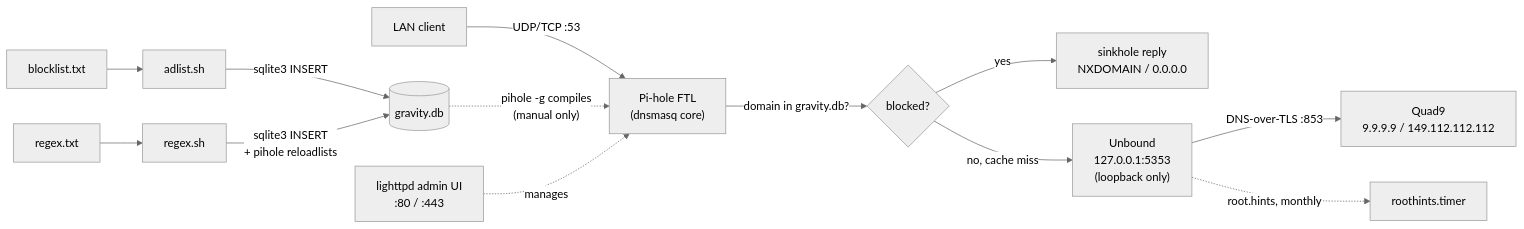
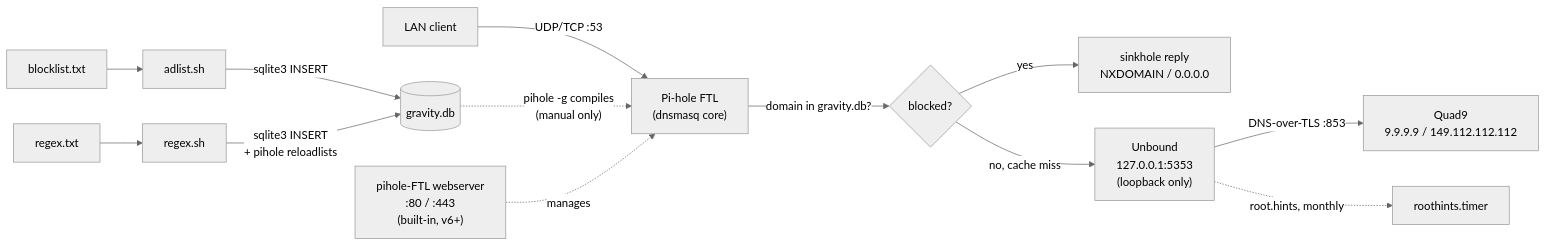
Before and after one commit to kishansundar/pihole-unbound: the diagram in README.md, drawn with Mermaid (neutral theme). The commit also changed other lines of this file, not shown here.

First line of the commit message:
Remove outdated Lighttpd HTTPS section from README

````diff
--- a/README.md
+++ b/README.md
@@ -16,15 +16,15 @@
 ```mermaid
 flowchart LR
     client["LAN client"] -->|"UDP/TCP :53"| ftl["Pi-hole FTL\n(dnsmasq core)"]
     ftl -->|"domain in gravity.db?"| decision{"blocked?"}
     decision -->|yes| sink["sinkhole reply\nNXDOMAIN / 0.0.0.0"]
     decision -->|"no, cache miss"| unbound["Unbound\n127.0.0.1:5353\n(loopback only)"]
     unbound -->|"DNS-over-TLS :853"| quad9["Quad9\n9.9.9.9 / 149.112.112.112"]
     unbound -.->|"root.hints, monthly"| hints["roothints.timer"]
     blocklist["blocklist.txt"] --> loader["adlist.sh"]
     loader -->|"sqlite3 INSERT"| gdb[("gravity.db")]
     gdb -.->|"pihole -g compiles\n(manual only)"| ftl
     regexfile["regex.txt"] --> regexsh["regex.sh"]
     regexsh -->|"sqlite3 INSERT\n+ pihole reloadlists"| gdb
-    admin["lighttpd admin UI\n:80 / :443"] -.manages.-> ftl
+    admin["pihole-FTL webserver\n:80 / :443\n(built-in, v6+)"] -.manages.-> ftl
 ```
````
